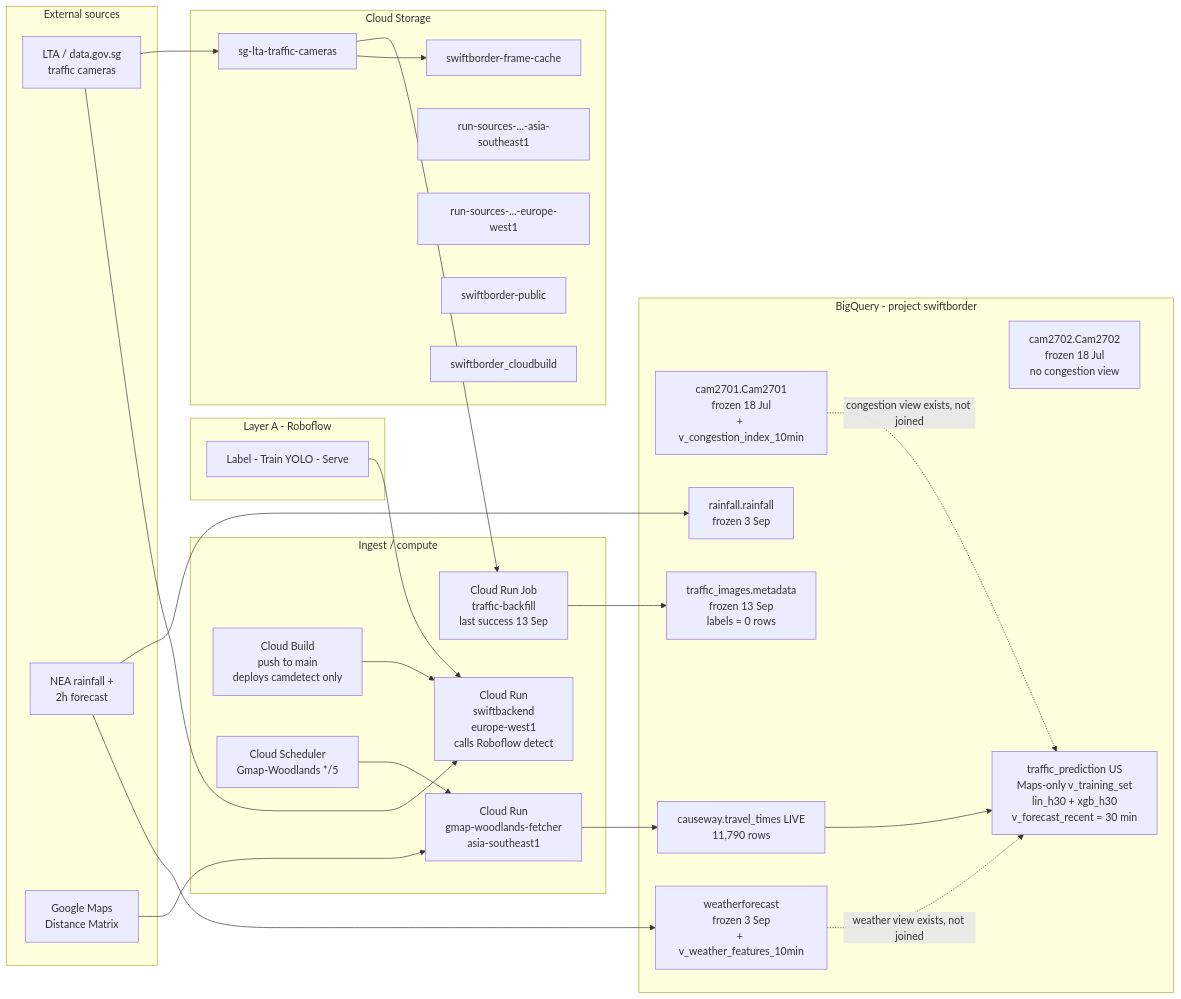
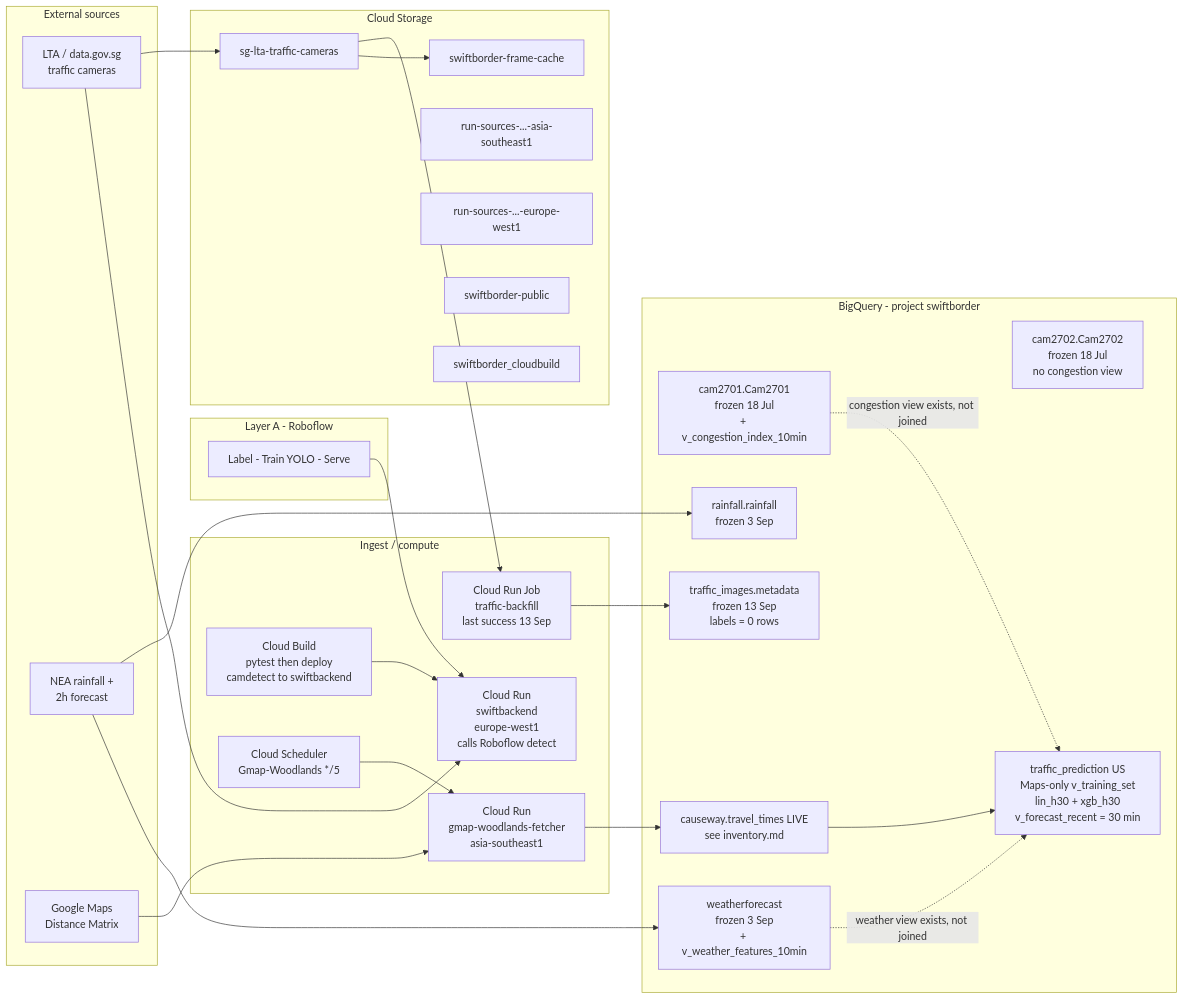
The diagram in docs/architecture.md (sozuken-max/swiftborder), drawn with Mermaid before and after one commit. The commit also changed other lines of this file and 41 other files, not shown here.

````diff
--- a/docs/architecture.md
+++ b/docs/architecture.md
@@ -41,55 +40,55 @@
 ```mermaid
 flowchart LR
   subgraph Ext["External sources"]
     LTA["LTA / data.gov.sg<br/>traffic cameras"]
     NEA["NEA rainfall +<br/>2h forecast"]
     GMAP["Google Maps<br/>Distance Matrix"]
   end
 
   subgraph Ingest["Ingest / compute"]
-    GH["Cloud Build<br/>push to main<br/>deploys camdetect only"]
+    GH["Cloud Build<br/>pytest then deploy<br/>camdetect to swiftbackend"]
     SCH["Cloud Scheduler<br/>Gmap-Woodlands */5"]
     GFN["Cloud Run<br/>gmap-woodlands-fetcher<br/>asia-southeast1"]
     SB["Cloud Run<br/>swiftbackend<br/>europe-west1<br/>calls Roboflow detect"]
     BF["Cloud Run Job<br/>traffic-backfill<br/>last success 13 Sep"]
   end
 
   subgraph RF["Layer A - Roboflow"]
     ROB["Label - Train YOLO - Serve"]
   end
 
   subgraph BQ["BigQuery - project swiftborder"]
     C1["cam2701.Cam2701<br/>frozen 18 Jul<br/>+ v_congestion_index_10min"]
     C2["cam2702.Cam2702<br/>frozen 18 Jul<br/>no congestion view"]
-    TT["causeway.travel_times LIVE<br/>11,790 rows"]
+    TT["causeway.travel_times LIVE<br/>see inventory.md"]
     RF2["rainfall.rainfall<br/>frozen 3 Sep"]
     WX["weatherforecast<br/>frozen 3 Sep<br/>+ v_weather_features_10min"]
     TI["traffic_images.metadata<br/>frozen 13 Sep<br/>labels = 0 rows"]
     TP["traffic_prediction US<br/>Maps-only v_training_set<br/>lin_h30 + xgb_h30<br/>v_forecast_recent = 30 min"]
   end
 
   subgraph GCS["Cloud Storage"]
     CAM["sg-lta-traffic-cameras"]
     CACHE["swiftborder-frame-cache"]
     RS1["run-sources-...-asia-southeast1"]
     RS2["run-sources-...-europe-west1"]
     PUB["swiftborder-public"]
     CB["swiftborder_cloudbuild"]
   end
 
   LTA --> CAM
   LTA --> SB
   GH --> SB
   CAM --> BF
   BF --> TI
   ROB --> SB
   NEA --> RF2
   NEA --> WX
   SCH --> GFN
   GMAP --> GFN
   GFN --> TT
   TT --> TP
   C1 -.->|"congestion view exists, not joined"| TP
   WX -.->|"weather view exists, not joined"| TP
   CAM --> CACHE
 ```
````
